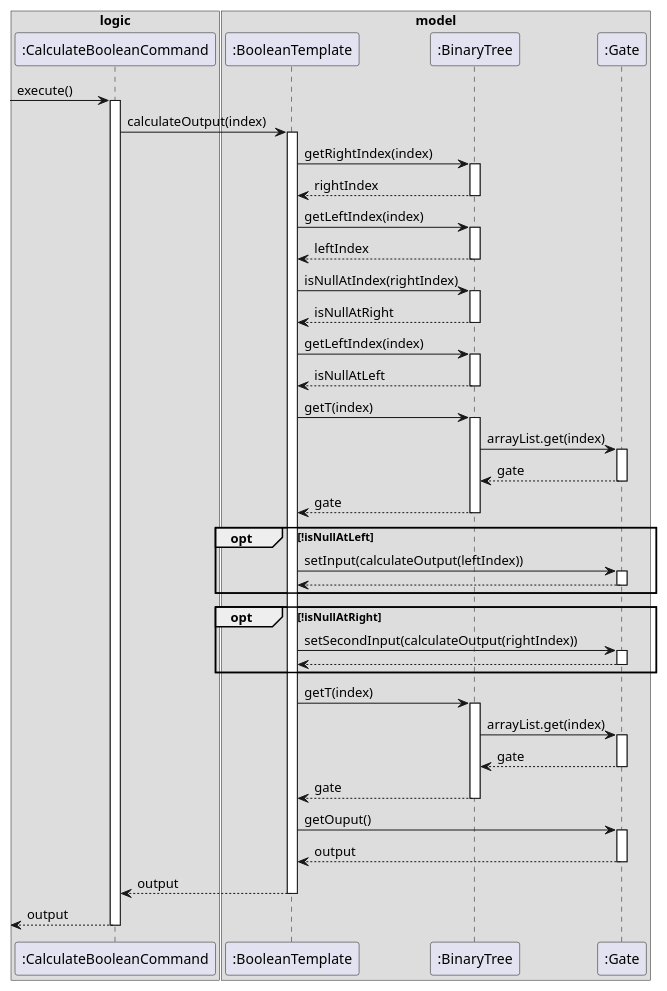
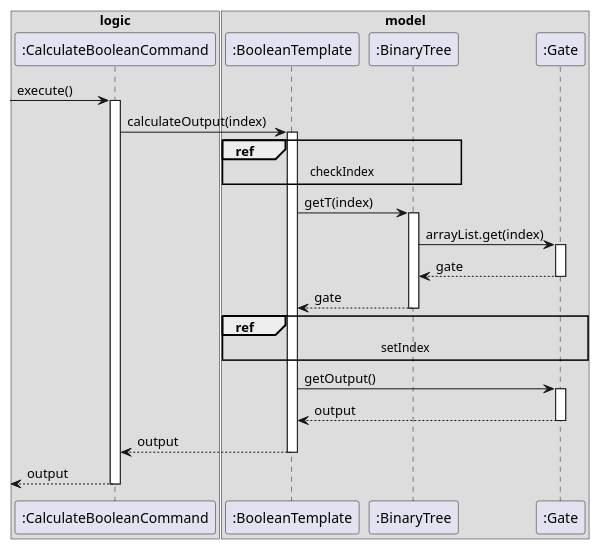
The diagram in docs/diagrams/CalcBooleanCommand.puml (sevenseasofbri/tp), drawn with PlantUML before and after one commit. The commit also changed 6 other files, not shown here.

Commit message:
Update CalcBooleanCommand diagram

```diff
--- a/docs/diagrams/CalcBooleanCommand.puml
+++ b/docs/diagrams/CalcBooleanCommand.puml
@@ -1,101 +1,46 @@
 @startuml
 
 box logic
 participant ":CalculateBooleanCommand" as Calc
 end box
 
 box model
 participant ":BooleanTemplate" as Bool
 participant ":BinaryTree" as BT
 participant ":Gate" as Gate
 end box
 
 [-> Calc : execute()
 activate Calc
 
 Calc -> Bool : calculateOutput(index)
 activate Bool
 
-Bool -> BT : getRightIndex(index)
-activate BT
-
-BT --> Bool : rightIndex
-deactivate BT
-
-Bool -> BT : getLeftIndex(index)
-activate BT
-
-BT --> Bool : leftIndex
-deactivate BT
-
-Bool -> BT : isNullAtIndex(rightIndex)
-activate BT
-
-BT --> Bool : isNullAtRight
-deactivate BT
-
-Bool -> BT : getLeftIndex(index)
-activate BT
-
-BT --> Bool : isNullAtLeft
-deactivate BT
+ref over Bool, BT : checkIndex
 
 Bool -> BT: getT(index)
 activate BT
 
 BT -> Gate : arrayList.get(index)
 activate Gate
 
 Gate --> BT : gate
 deactivate Gate
 
 BT --> Bool: gate
 deactivate BT
 
-opt !isNullAtLeft
+ref over Bool, Gate : setIndex
 
-Bool -> Gate: setInput(calculateOutput(leftIndex))
-activate Gate
-
-Gate --> Bool
-deactivate Gate
-
-end
-
-opt !isNullAtRight
-
-Bool -> Gate : setSecondInput(calculateOutput(rightIndex))
-activate Gate
-
-Gate --> Bool
-deactivate Gate
-
-end
-
-deactivate Gate
-deactivate Gate
-
-Bool -> BT: getT(index)
-activate BT
-
-BT -> Gate: arrayList.get(index)
-activate Gate
-
-Gate --> BT : gate
-deactivate Gate
-
-BT --> Bool : gate
-deactivate BT
-
-Bool -> Gate : getOuput()
+Bool -> Gate : getOutput()
 activate Gate
 
 Gate --> Bool: output
 deactivate Gate
 
 Bool --> Calc: output
 deactivate Bool
 
 [<-- Calc: output
 deactivate Calc
 @enduml
```
